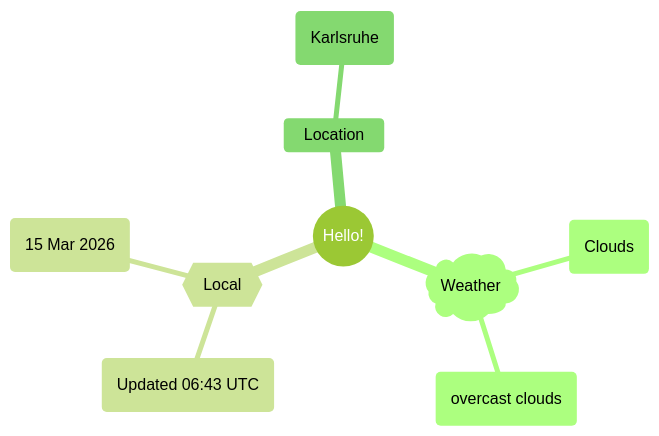
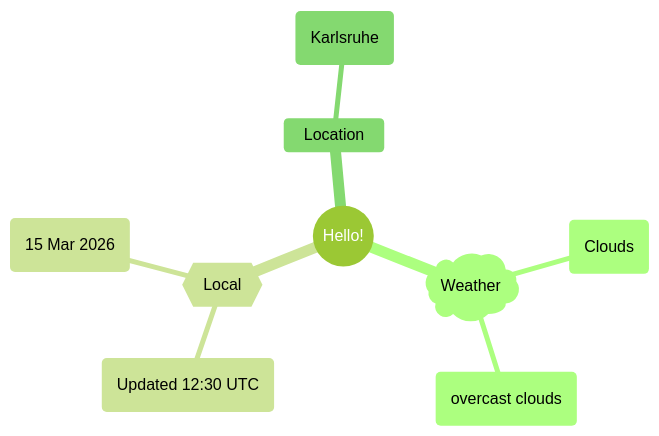
The first of 2 diagrams in README.md (Xosrov/Xosrov), drawn with Mermaid (forest theme) before and after one commit.

Commit message:
[bot] updated images

````diff
--- a/README.md
+++ b/README.md
@@ -3,12 +3,12 @@
 ```mermaid
 mindmap
   root((Hello!))
     )Weather(
         (Clouds)
         (overcast clouds)
     {{Local}}
-        (Updated 06:43 UTC)
+        (Updated 12:30 UTC)
         (15 Mar 2026)
     Location
         (Karlsruhe)
 ```
````
